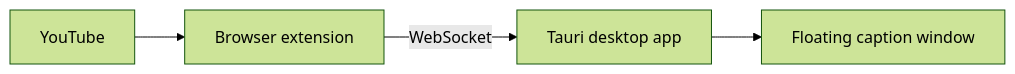
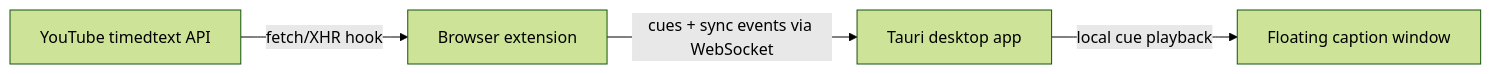
One commit to TahsinAhmedz/always-on-subtitles changed the diagram in README.md. Above: the diagram before and after it, drawn with Mermaid (forest theme). The commit also changed other lines of this file, not shown here.

````diff
--- a/README.md
+++ b/README.md
@@ -10,6 +12,6 @@
 ```mermaid
 flowchart LR
-    youtube[YouTube] --> extension[Browser extension]
-    extension -->|WebSocket| desktop[Tauri desktop app]
-    desktop --> overlay[Floating caption window]
+    youtube[YouTube timedtext API] -->|fetch/XHR hook| extension[Browser extension]
+    extension -->|cues + sync events via WebSocket| desktop[Tauri desktop app]
+    desktop -->|local cue playback| overlay[Floating caption window]
 ```
````
